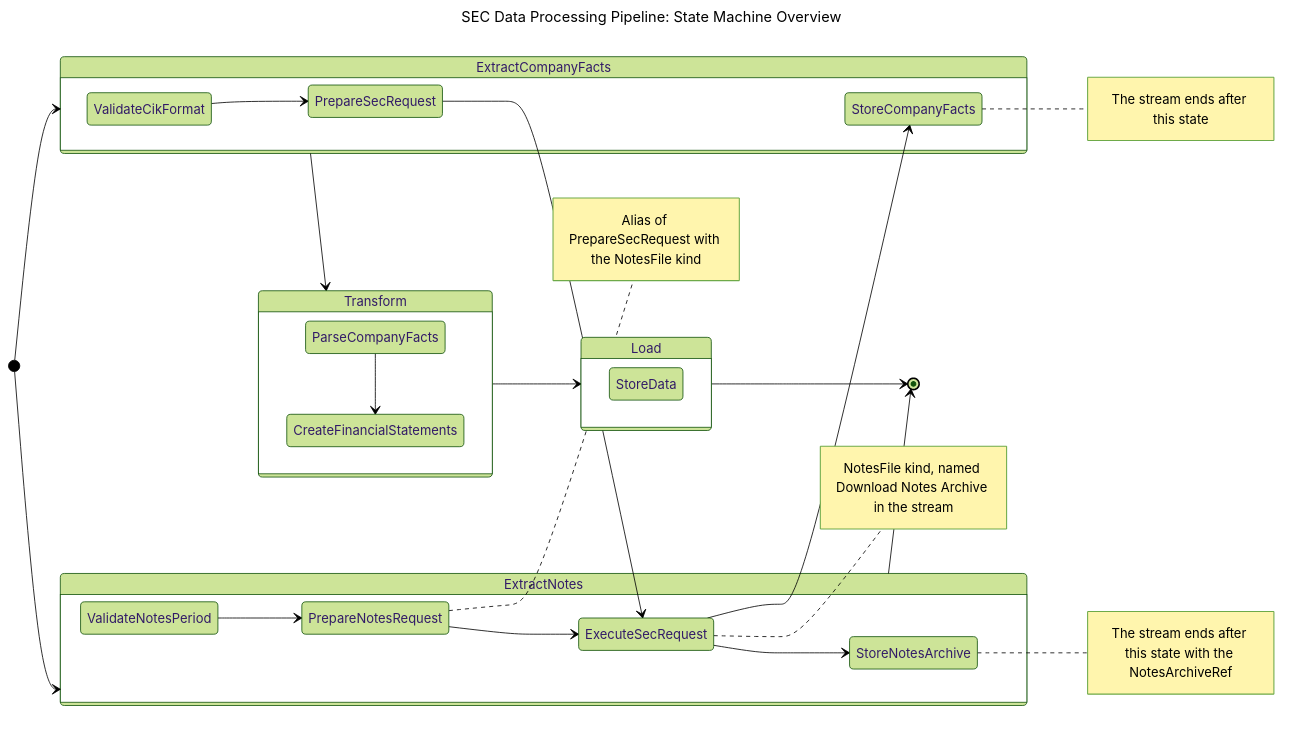
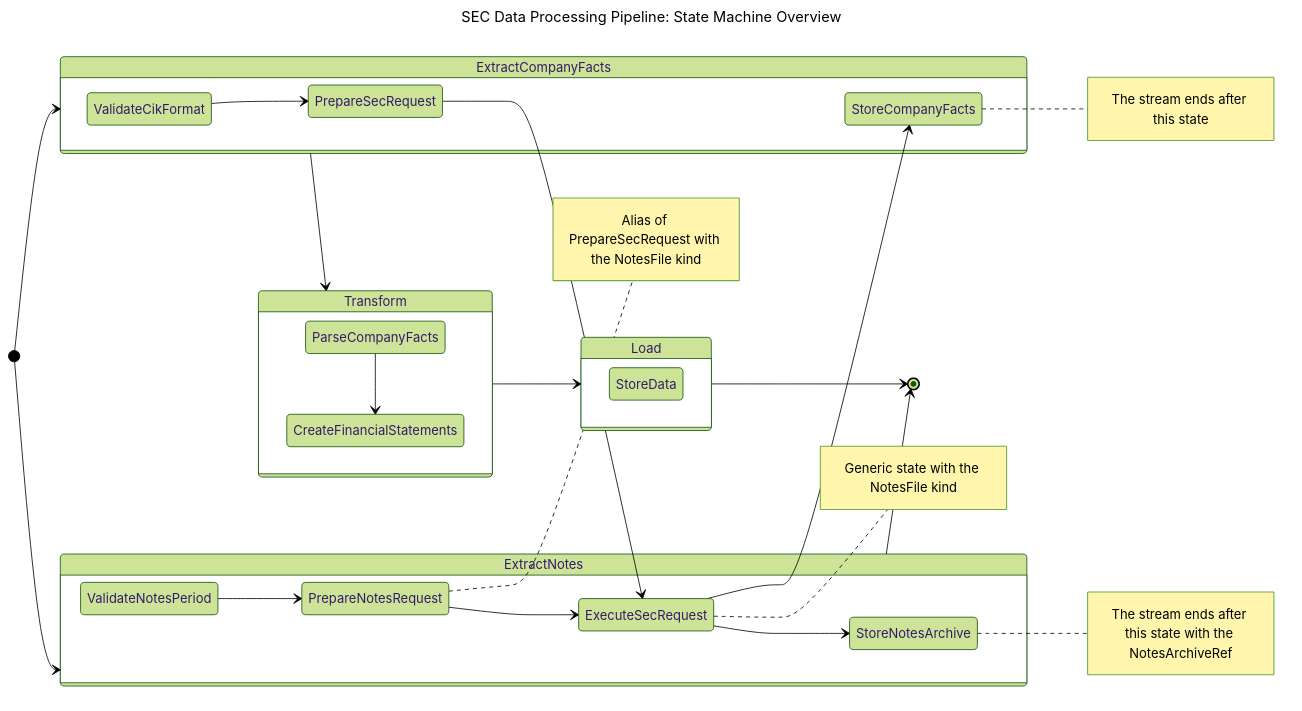
The diagram in sec/design/state_diagram/sec_state_machine.md (ironcapitaleu/arkad), drawn with Mermaid (forest theme) before and after one commit. The commit also changed 15 other files, not shown here.

First line of the commit message:
refactor(sec): keep one state name per generic request state (#311)

````diff
--- a/sec/design/state_diagram/sec_state_machine.md
+++ b/sec/design/state_diagram/sec_state_machine.md
@@ -1,46 +1,46 @@
 ```mermaid
 ---
 title: "SEC Data Processing Pipeline: State Machine Overview"
 ---
 stateDiagram-v2
     %% Align all the SuperStates from left-to-right
     direction LR
 
     %% `ExtractCompanyFacts` SuperState
     [*] --> ExtractCompanyFacts
     state ExtractCompanyFacts {
         ValidateCikFormat --> PrepareSecRequest
         PrepareSecRequest --> ExecuteSecRequest
         ExecuteSecRequest --> StoreCompanyFacts
         note right of StoreCompanyFacts : The stream ends after this state
     }
 
     ExtractCompanyFacts --> Transform
 
     %% `ExtractNotes` SuperState, one per Notes file
     [*] --> ExtractNotes
     state ExtractNotes {
         ValidateNotesPeriod --> PrepareNotesRequest
         PrepareNotesRequest --> ExecuteSecRequest
         note right of PrepareNotesRequest : Alias of PrepareSecRequest with the NotesFile kind
-        note right of ExecuteSecRequest : NotesFile kind, named Download Notes Archive in the stream
+        note right of ExecuteSecRequest : Generic state with the NotesFile kind
         ExecuteSecRequest --> StoreNotesArchive
         note right of StoreNotesArchive : The stream ends after this state with the NotesArchiveRef
     }
 
     ExtractNotes --> [*]
 
     %% `Transform` SuperState
     state Transform {
         ParseCompanyFacts --> CreateFinancialStatements
     }
 
     Transform --> Load
 
     %% `Load` SuperState
     state Load {
         StoreData
     }
 
     Load --> [*]
 ```
````
